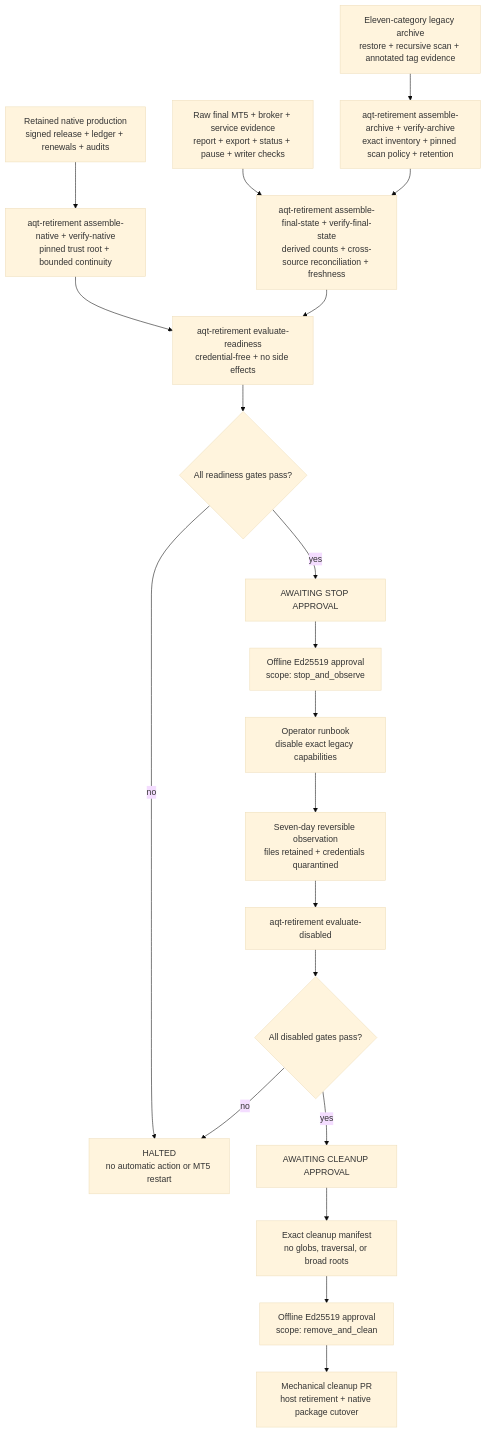
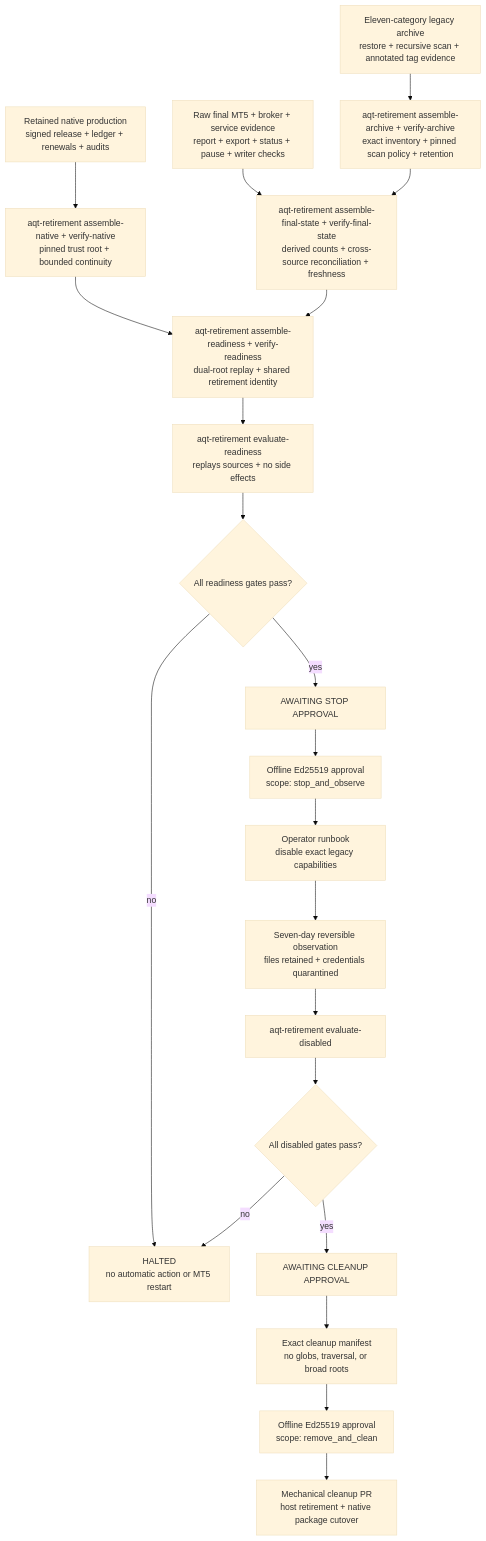
Before and after one commit to AegisFintech/AIQuantTrader: the diagram in docs/architecture/diagrams/phase-10-legacy-retirement.mmd, drawn with Mermaid (base theme). The commit also changed 23 other files, not shown here.

Commit message:
feat(native): verify phase 10 readiness evidence

```diff
--- a/docs/architecture/diagrams/phase-10-legacy-retirement.mmd
+++ b/docs/architecture/diagrams/phase-10-legacy-retirement.mmd
@@ -1,40 +1,42 @@
 flowchart TD
     nativeRaw["Retained native production<br/>signed release + ledger + renewals + audits"]
     native["aqt-retirement assemble-native + verify-native<br/>pinned trust root + bounded continuity"]
     legacyRaw["Raw final MT5 + broker + service evidence<br/>report + export + status + pause + writer checks"]
     archiveRaw["Eleven-category legacy archive<br/>restore + recursive scan + annotated tag evidence"]
     archive["aqt-retirement assemble-archive + verify-archive<br/>exact inventory + pinned scan policy + retention"]
     legacy["aqt-retirement assemble-final-state + verify-final-state<br/>derived counts + cross-source reconciliation + freshness"]
-    readiness["aqt-retirement evaluate-readiness<br/>credential-free + no side effects"]
+    readiness["aqt-retirement assemble-readiness + verify-readiness<br/>dual-root replay + shared retirement identity"]
+    evaluate["aqt-retirement evaluate-readiness<br/>replays sources + no side effects"]
     stopReview{"All readiness gates pass?"}
     stopWait["AWAITING STOP APPROVAL"]
     stopSign["Offline Ed25519 approval<br/>scope: stop_and_observe"]
     disable["Operator runbook<br/>disable exact legacy capabilities"]
     observe["Seven-day reversible observation<br/>files retained + credentials quarantined"]
     disabled["aqt-retirement evaluate-disabled"]
     cleanReview{"All disabled gates pass?"}
     cleanWait["AWAITING CLEANUP APPROVAL"]
     manifest["Exact cleanup manifest<br/>no globs, traversal, or broad roots"]
     cleanSign["Offline Ed25519 approval<br/>scope: remove_and_clean"]
     cleanup["Mechanical cleanup PR<br/>host retirement + native package cutover"]
     halted["HALTED<br/>no automatic action or MT5 restart"]
 
     nativeRaw --> native
     native --> readiness
     archiveRaw --> archive
     archive --> legacy
     legacyRaw --> legacy
     legacy --> readiness
-    readiness --> stopReview
+    readiness --> evaluate
+    evaluate --> stopReview
     stopReview -- no --> halted
     stopReview -- yes --> stopWait
     stopWait --> stopSign
     stopSign --> disable
     disable --> observe
     observe --> disabled
     disabled --> cleanReview
     cleanReview -- no --> halted
     cleanReview -- yes --> cleanWait
     cleanWait --> manifest
     manifest --> cleanSign
     cleanSign --> cleanup
```
